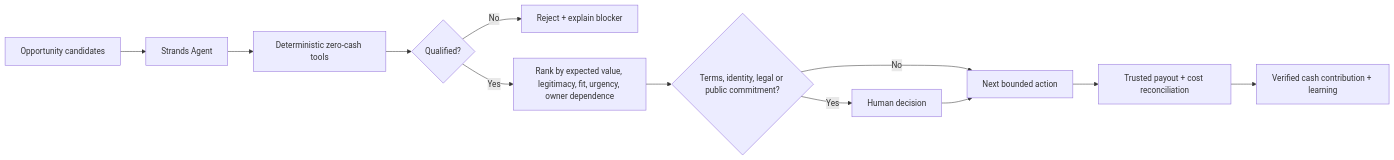
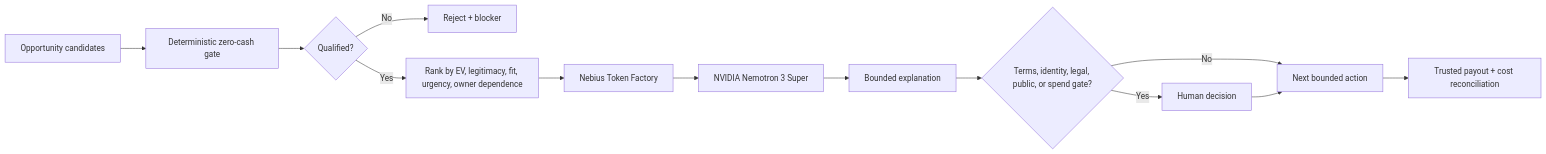
The diagram in README.md (crisjonblvx/earn-before-spend-agent), drawn with Mermaid before and after one commit. The commit also changed other lines of this file and 13 other files, not shown here.

First line of the commit message:
Nebius x NVIDIA conversion: Token Factory + Nemotron runtime

````diff
--- a/README.md
+++ b/README.md
@@ -36,14 +26,15 @@
 ```mermaid
 flowchart LR
-    A[Opportunity candidates] --> B[Strands Agent]
-    B --> C[Deterministic zero-cash tools]
-    C --> D{Qualified?}
-    D -- No --> E[Reject + explain blocker]
-    D -- Yes --> F[Rank by expected value, legitimacy, fit, urgency, owner dependence]
-    F --> G{Terms, identity, legal or public commitment?}
-    G -- Yes --> H[Human decision]
-    G -- No --> I[Next bounded action]
-    H --> I
-    I --> J[Trusted payout + cost reconciliation]
-    J --> K[Verified cash contribution + learning]
+    A[Opportunity candidates] --> B[Deterministic zero-cash gate]
+    B --> C{Qualified?}
+    C -- No --> D[Reject + blocker]
+    C -- Yes --> E[Rank by EV, legitimacy, fit, urgency, owner dependence]
+    E --> F[Nebius Token Factory]
+    F --> G[NVIDIA Nemotron 3 Super]
+    G --> H[Bounded explanation]
+    H --> I{Terms, identity, legal, public, or spend gate?}
+    I -- Yes --> J[Human decision]
+    I -- No --> K[Next bounded action]
+    J --> K
+    K --> L[Trusted payout + cost reconciliation]
 ```
````
